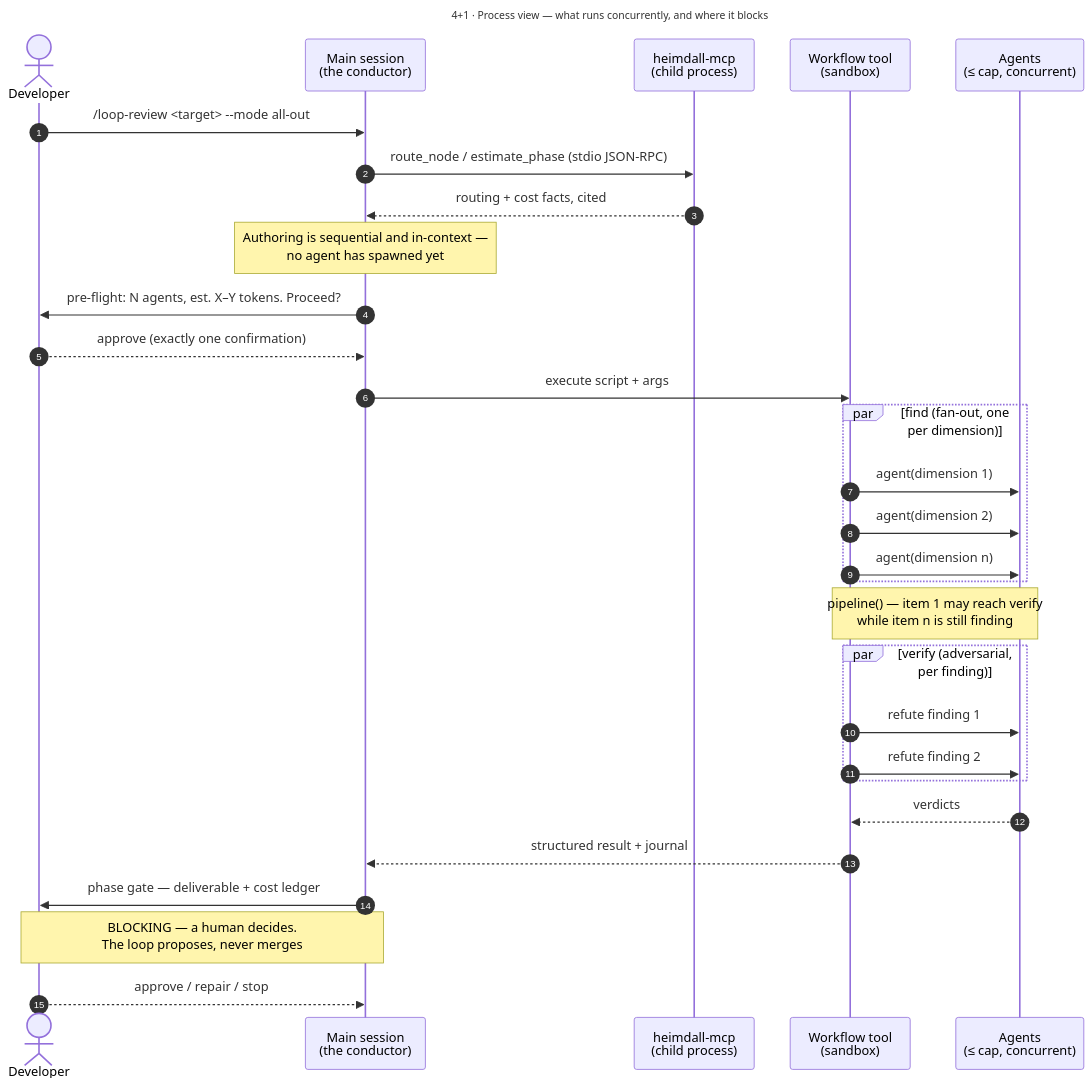
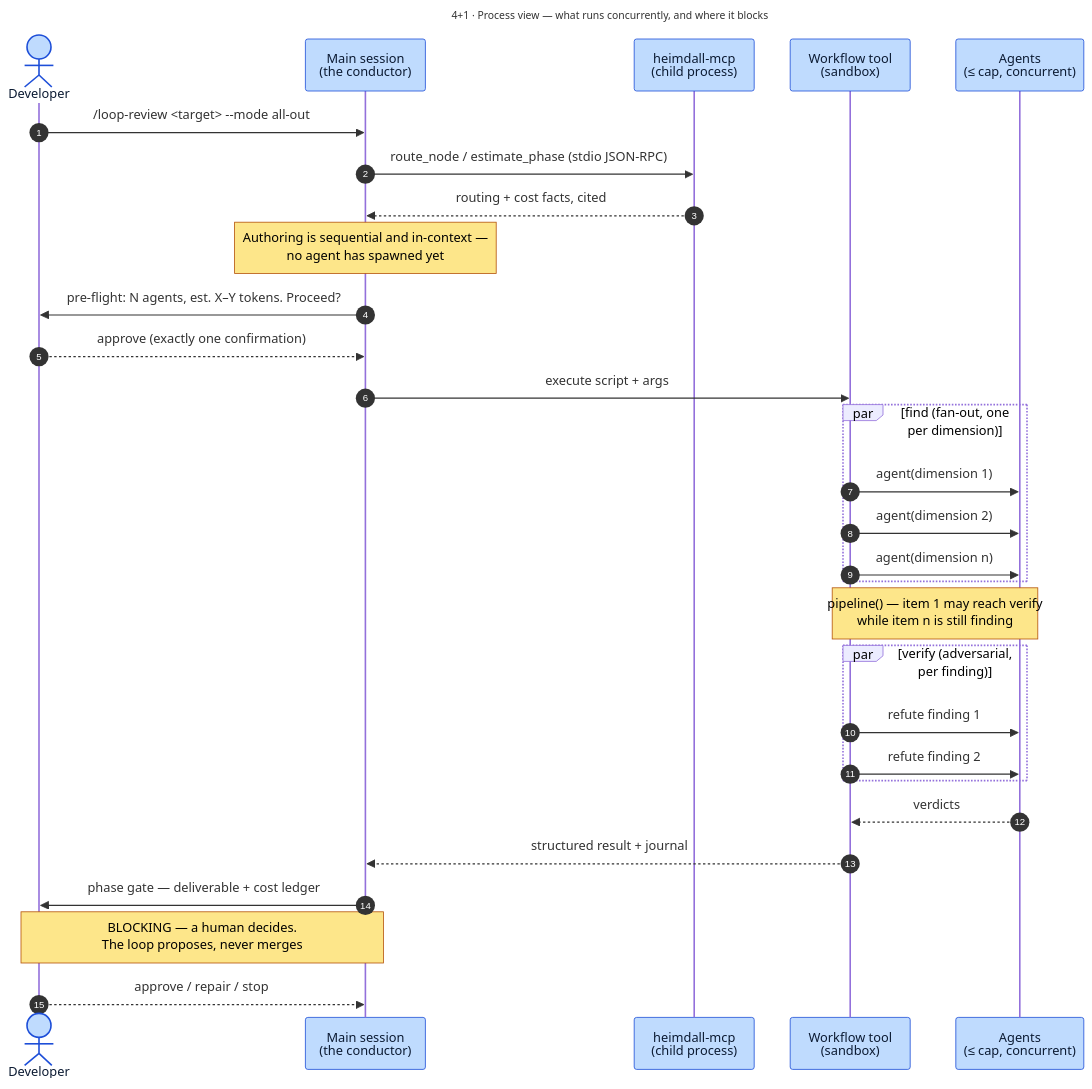
Before and after one commit to santapong/Proof: the diagram in docs/c4/diagrams/src/view-process.mmd, drawn with Mermaid. The commit also changed 35 other files, not shown here.

First line of the commit message:
Diagrams: apply the family palette to all 18 sources

```diff
--- a/docs/c4/diagrams/src/view-process.mmd
+++ b/docs/c4/diagrams/src/view-process.mmd
@@ -1,38 +1,38 @@
 ---
 title: "4+1 · Process view — what runs concurrently, and where it blocks"
 ---
-%%{init: {"themeVariables": {"fontFamily": "Segoe UI, Helvetica, Arial, sans-serif", "fontSize": "13px"}, "sequence": {"actorMargin": 45, "boxMargin": 8}}}%%
+%%{init: {"themeVariables": {"fontFamily": "Segoe UI, Helvetica, Arial, sans-serif", "fontSize": "13px", "actorBkg": "#BFDBFE", "actorBorder": "#1D4ED8", "actorTextColor": "#0C1B33", "activationBkgColor": "#DBEAFE", "activationBorderColor": "#1D4ED8", "noteBkgColor": "#FDE68A", "noteBorderColor": "#B45309", "sequenceNumberColor": "#FFFFFF"}, "sequence": {"actorMargin": 45, "boxMargin": 8}}}%%
 sequenceDiagram
     autonumber
     actor Dev as Developer
     participant Sess as Main session<br/>(the conductor)
     participant MCP as heimdall-mcp<br/>(child process)
     participant WF as Workflow tool<br/>(sandbox)
     participant A as Agents<br/>(≤ cap, concurrent)
 
     Dev->>Sess: /loop-review <target> --mode all-out
     Sess->>MCP: route_node / estimate_phase (stdio JSON-RPC)
     MCP-->>Sess: routing + cost facts, cited
     Note over Sess: Authoring is sequential and in-context —<br/>no agent has spawned yet
 
     Sess->>Dev: pre-flight: N agents, est. X–Y tokens. Proceed?
     Dev-->>Sess: approve (exactly one confirmation)
 
     Sess->>WF: execute script + args
     par find (fan-out, one per dimension)
         WF->>A: agent(dimension 1)
         WF->>A: agent(dimension 2)
         WF->>A: agent(dimension n)
     end
     Note over WF,A: pipeline() — item 1 may reach verify<br/>while item n is still finding
 
     par verify (adversarial, per finding)
         WF->>A: refute finding 1
         WF->>A: refute finding 2
     end
     A-->>WF: verdicts
     WF-->>Sess: structured result + journal
 
     Sess->>Dev: phase gate — deliverable + cost ledger
     Note over Dev,Sess: BLOCKING — a human decides.<br/>The loop proposes, never merges
     Dev-->>Sess: approve / repair / stop
```
